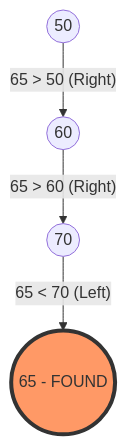
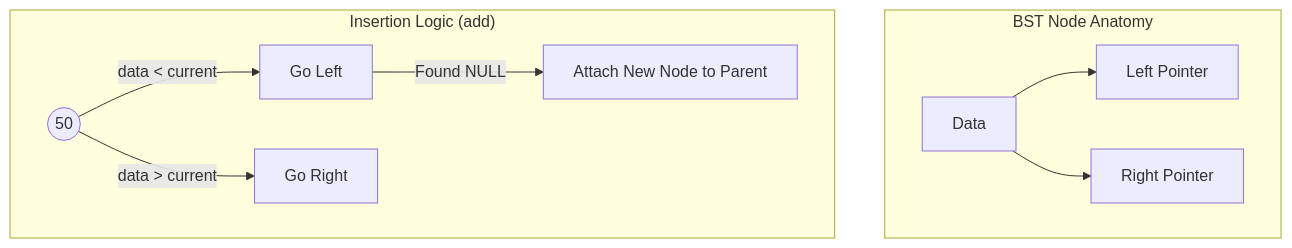
One commit to muhammad-khaled-tech/My-Study-Notes changed the first of 2 diagrams in Data Structure/Tree lecture code Explanation.md. Above: the diagram before and after it, drawn with Mermaid. The commit also changed other lines of this file and 1 other file, not shown here.

````diff
--- a/Data Structure/Tree lecture code Explanation.md
+++ b/Data Structure/Tree lecture code Explanation.md
@@ -145,8 +42,14 @@
 ```mermaid
 graph TD
-    Root((50)) -- "65 > 50 (Right)" --> 60((60))
-    60 -- "65 > 60 (Right)" --> 70((70))
-    70 -- "65 < 70 (Left)" --> 65((65 - FOUND))
-    
-    style 65 fill:#f96,stroke:#333,stroke-width:4px
+    subgraph "BST Node Anatomy"
+    N1[Data]
+    N1 --> L[Left Pointer]
+    N1 --> R[Right Pointer]
+    end
+
+    subgraph "Insertion Logic (add)"
+    Root((50)) -- "data < current" --> Left[Go Left]
+    Root -- "data > current" --> Right[Go Right]
+    Left -- "Found NULL" --> NewNode[Attach New Node to Parent]
+    end
 ```
````
